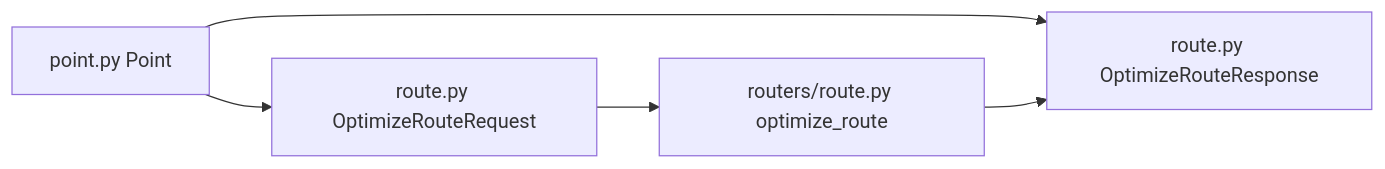
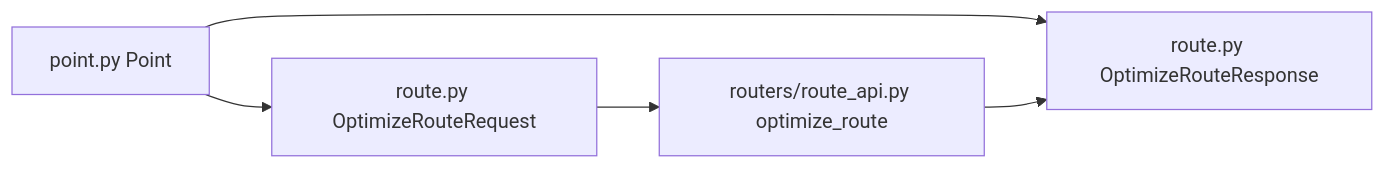
One commit to Duy-Nguyen-2006/Project1-Road-Finder changed the second of 10 diagrams in backend/Backend-Structure.md. Above: the diagram before and after it, drawn with Mermaid. The commit also changed other lines of this file and 20 other files, not shown here.

````diff
--- a/backend/Backend-Structure.md
+++ b/backend/Backend-Structure.md
@@ -88,7 +88,7 @@
 ```mermaid
 flowchart LR
     POINT[point.py Point] --> REQ[route.py OptimizeRouteRequest]
     POINT --> RES[route.py OptimizeRouteResponse]
-    REQ --> API[routers/route.py optimize_route]
+    REQ --> API[routers/route_api.py optimize_route]
     API --> RES
 ```
````
